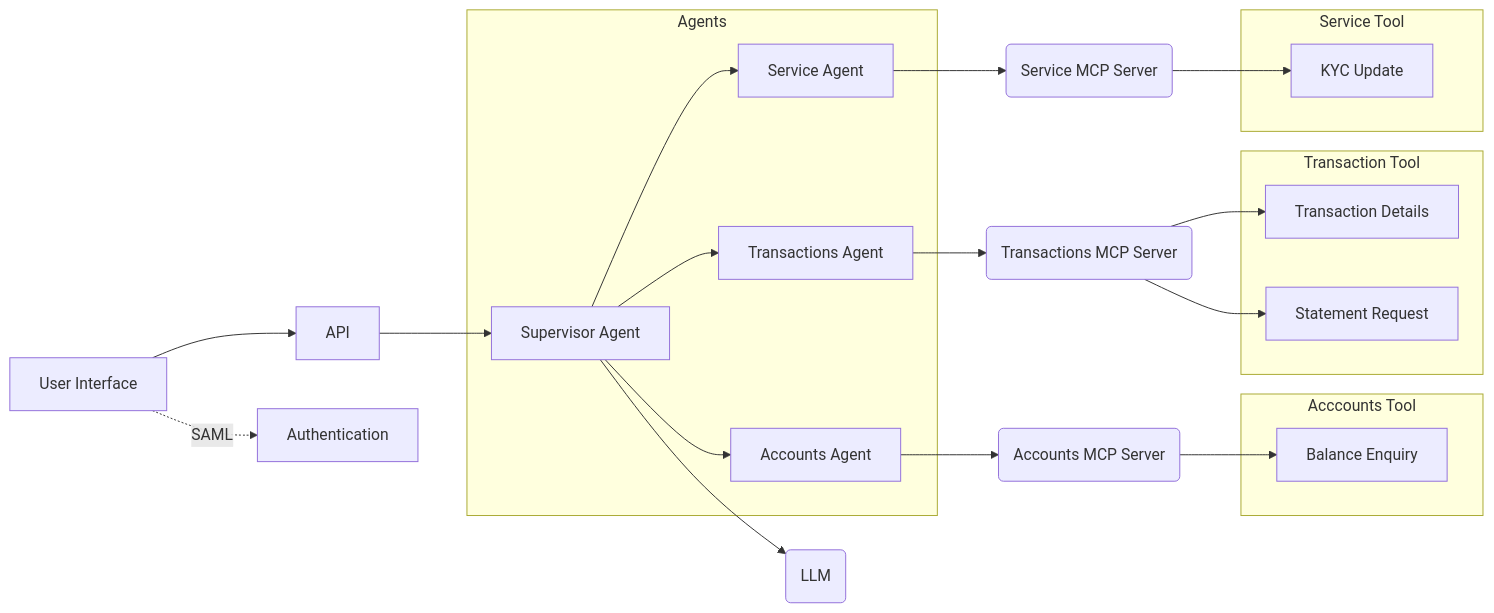
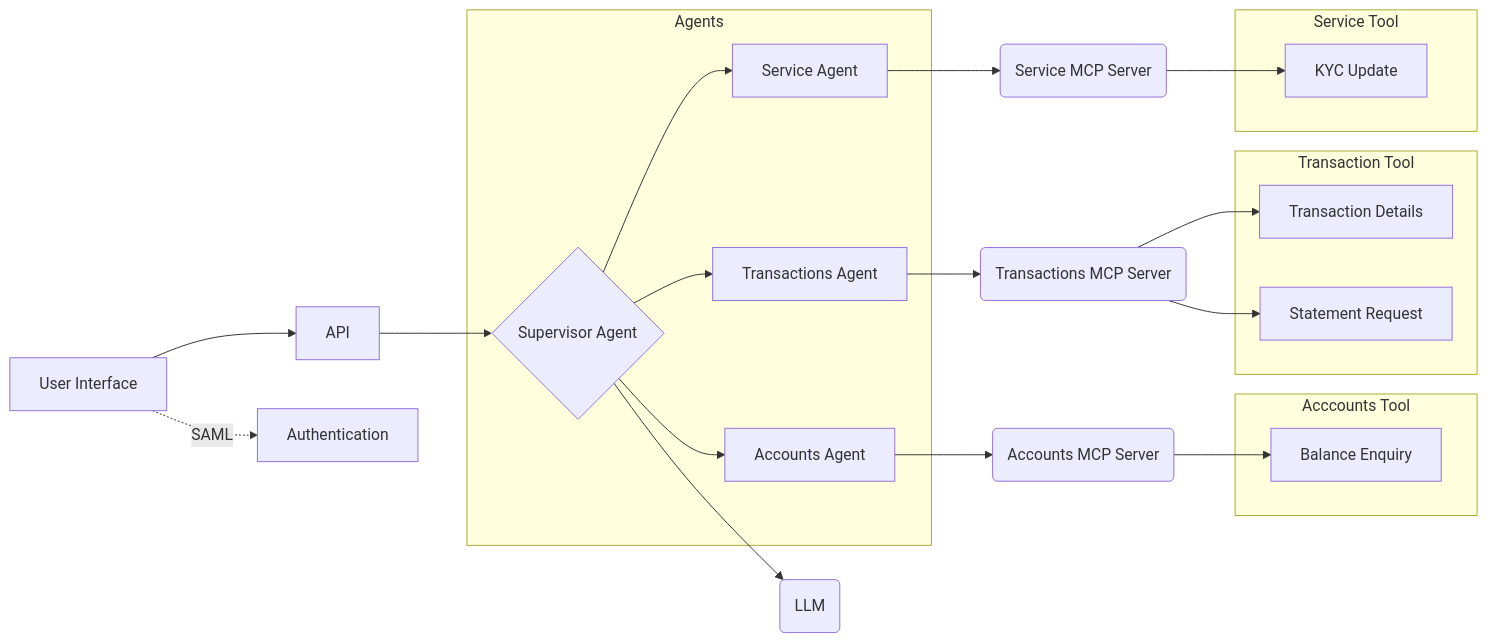
Before and after one commit to aziz0519/reference-architectures: the sixth of 15 diagrams in ai/Agentic_AI_Blueprint.md, drawn with Mermaid. The commit also changed other lines of this file, not shown here.

````diff
--- a/ai/Agentic_AI_Blueprint.md
+++ b/ai/Agentic_AI_Blueprint.md
@@ -213,51 +233,51 @@
 ```mermaid
 flowchart LR
     subgraph Acccounts Tool
         e
     end
     subgraph Transaction Tool
         f
         g
     end
     subgraph Service Tool
         h
     end
     subgraph Agents
         c
         j
         k
         l
     end
 
     a["User Interface"] 
     b["API"]  
-    c["Supervisor Agent"] 
+    c{"Supervisor Agent"} 
     d("LLM")
     e["Balance Enquiry"]
     f["Transaction Details"]
     g["Statement Request"]
     h["KYC Update"]
     j["Accounts Agent"]
     k["Transactions Agent"]
     l["Service Agent"]
     m("Accounts MCP Server")
     n("Transactions MCP Server")
     p("Service MCP Server")
     q["Authentication"]
 
     a --> b
     b --> c
     c --> d
     c --> j
     c --> k
     c --> l 
     j --> m
     k --> n
     l --> p
     m --> e
     n --> f
     n --> g
     p --> h
     a -.SAML.-> q
 
 ```
````
